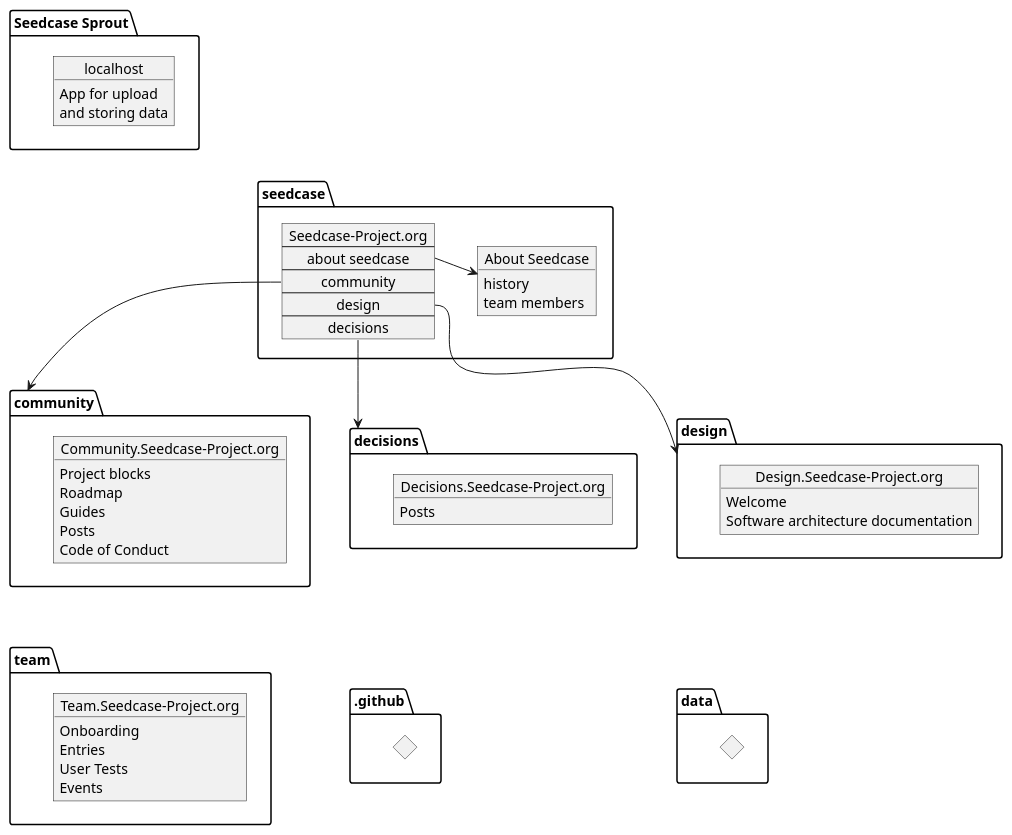
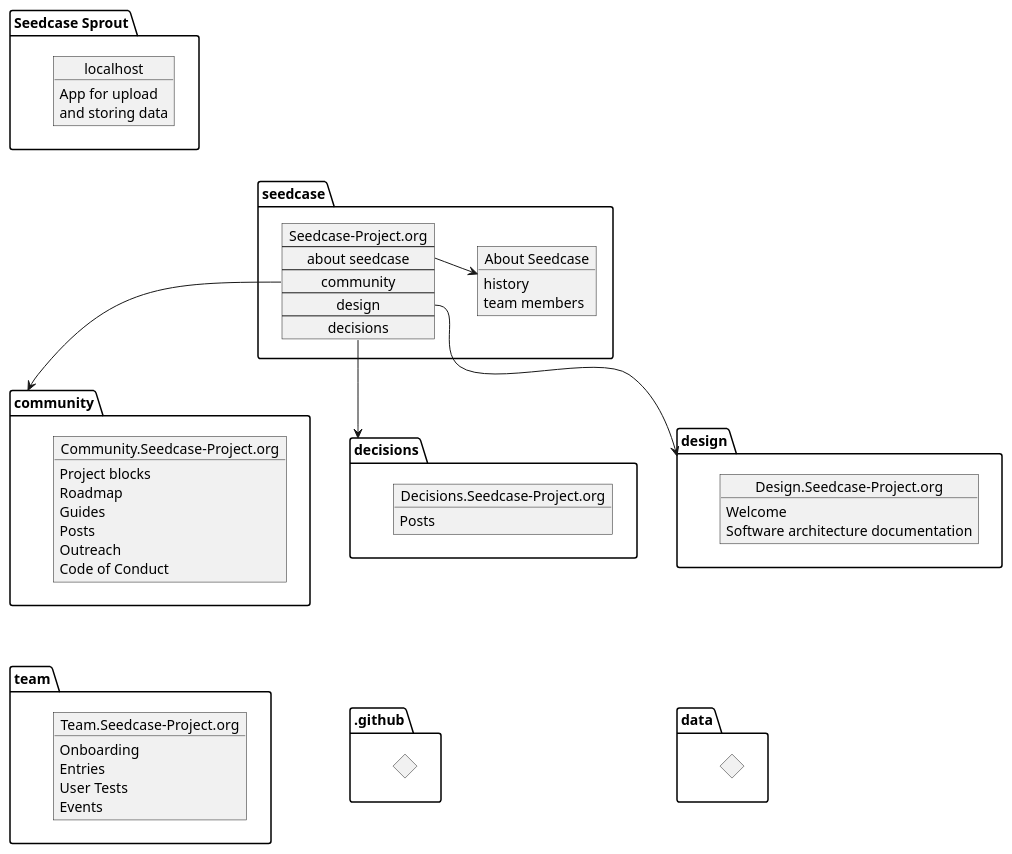
One commit to seedcase-project/team changed the diagram in entries/repo-website-overview.puml. Above: the diagram before and after it, drawn with PlantUML.

Commit message:
docs: update community with outreach

```diff
--- a/entries/repo-website-overview.puml
+++ b/entries/repo-website-overview.puml
@@ -1,69 +1,70 @@
 @startuml Repos-Sites
 
   package .github as GIT {
       diamond dia1
   }
 
   package data as DAT {
       diamond dia2
   }
 
   package community as COM {
       object "Community.Seedcase-Project.org" as CSP {
         Project blocks
         Roadmap
         Guides
         Posts
+        Outreach
         Code of Conduct
       }
   }
 
   package decisions as DEC {
       object "Decisions.Seedcase-Project.org" as DeCP {
         Posts
       }
   }
 
   package design as DES {
       object "Design.Seedcase-Project.org" as DeSP {
         Welcome
         Software architecture documentation
       }
   }
 
   package team as TEA {
       object "Team.Seedcase-Project.org" as TSP {
         Onboarding
         Entries
         User Tests
         Events
       }
   }
 
   package "Seedcase Sprout" as SPROUT {
       object "localhost" as SSP {
         App for upload
         and storing data 
       }
   }
 
   package seedcase {
       object "About Seedcase" as ABOUT {
         history
         team members 
       }
 
       map "Seedcase-Project.org" as SP {
         about seedcase *-> ABOUT
         community *--> COM
         design *--> DES
         decisions *--> DEC
       }
   }  
 
 COM -[hidden]--> TEA
 DEC -[hidden]--> GIT
 DES -[hidden]--> DAT
 SPROUT -[hidden]--> COM 
 
 @enduml
```
